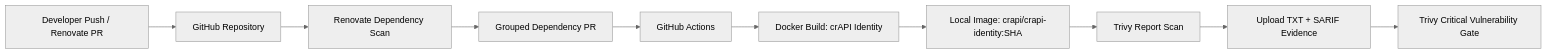
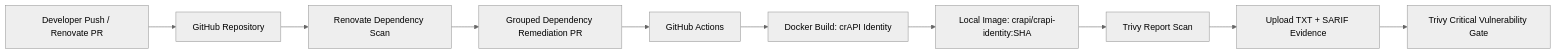
The diagram in appsec-projects/devsecops-security-pipeline-owasp-crapi/README.md (JosephJ12/cybersecurity-portfolio), drawn with Mermaid (neutral theme) before and after one commit. The commit also changed other lines of this file, not shown here.

````diff
--- a/appsec-projects/devsecops-security-pipeline-owasp-crapi/README.md
+++ b/appsec-projects/devsecops-security-pipeline-owasp-crapi/README.md
@@ -42,12 +42,12 @@
 ```mermaid
 flowchart LR
     Dev[Developer Push / Renovate PR] --> GH[GitHub Repository]
     GH --> Renovate[Renovate Dependency Scan]
-    Renovate --> PR[Grouped Dependency PR]
+    Renovate --> PR[Grouped Dependency Remediation PR]
     PR --> Actions[GitHub Actions]
     Actions --> Build[Docker Build: crAPI Identity]
     Build --> Image[Local Image: crapi/crapi-identity:SHA]
     Image --> TrivyReport[Trivy Report Scan]
     TrivyReport --> Artifact[Upload TXT + SARIF Evidence]
     Artifact --> Gate[Trivy Critical Vulnerability Gate]
 ```
````
